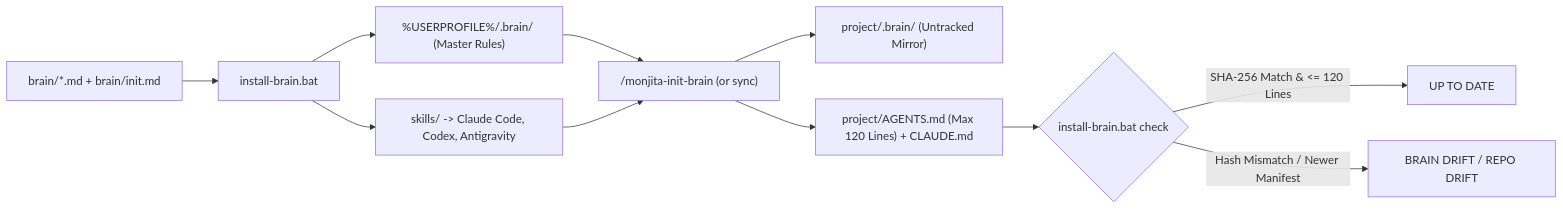
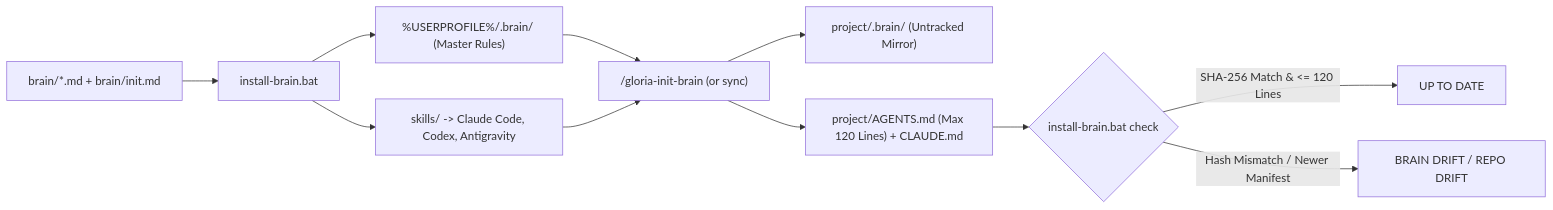
Before and after one commit to projectGloria/Brain: the diagram in README.md, drawn with Mermaid. The commit also changed other lines of this file and 82 other files, not shown here.

Commit message:
Replace Monjita branding and icons with Gloria across the app, rules, and skills, and add Agent Runs, CLI manager, and .gitignore views.

````diff
--- a/README.md
+++ b/README.md
@@ -47,13 +57,13 @@
 ```mermaid
 flowchart LR
     A["brain/*.md + brain/init.md"] --> B["install-brain.bat"]
     B --> C["%USERPROFILE%/.brain/ (Master Rules)"]
     B --> D["skills/ -> Claude Code, Codex, Antigravity"]
-    C --> E["/monjita-init-brain (or sync)"]
+    C --> E["/gloria-init-brain (or sync)"]
     D --> E
     E --> F["project/.brain/ (Untracked Mirror)"]
     E --> G["project/AGENTS.md (Max 120 Lines) + CLAUDE.md"]
     G --> H{"install-brain.bat check"}
     H -- "SHA-256 Match & <= 120 Lines" --> I["UP TO DATE"]
     H -- "Hash Mismatch / Newer Manifest" --> J["BRAIN DRIFT / REPO DRIFT"]
 ```
````
